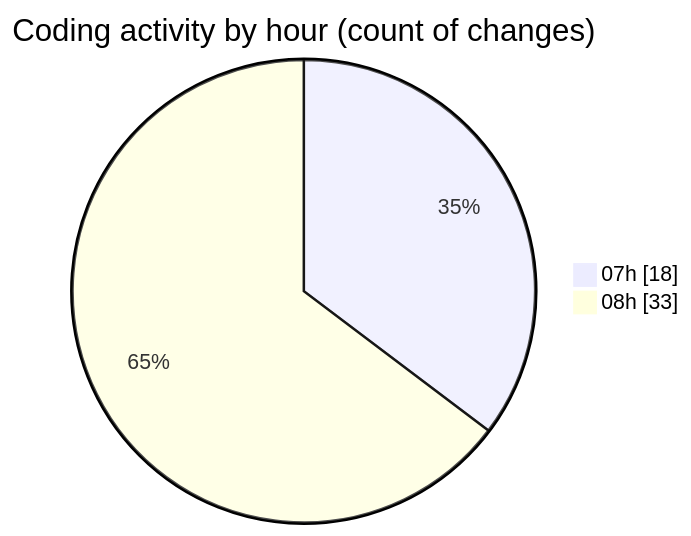
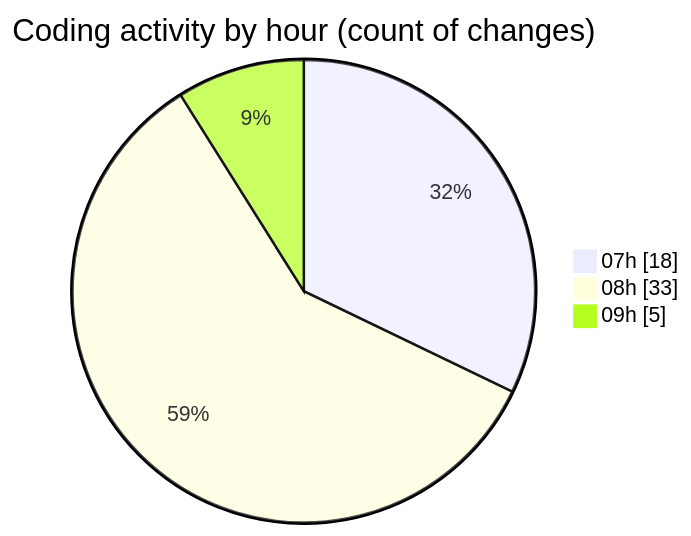
The second of 2 diagrams in 2025-02-03/mbc-web/README.md (robertbonfada/code-tracking), drawn with Mermaid before and after one commit. The commit also changed other lines of this file and 1 other file, not shown here.

````diff
--- a/2025-02-03/mbc-web/README.md
+++ b/2025-02-03/mbc-web/README.md
@@ -37,6 +38,7 @@
 ```mermaid
 pie showData
 title Coding activity by hour (count of changes)
 "07h" : 18
 "08h" : 33
+"09h" : 5
 ```
````
